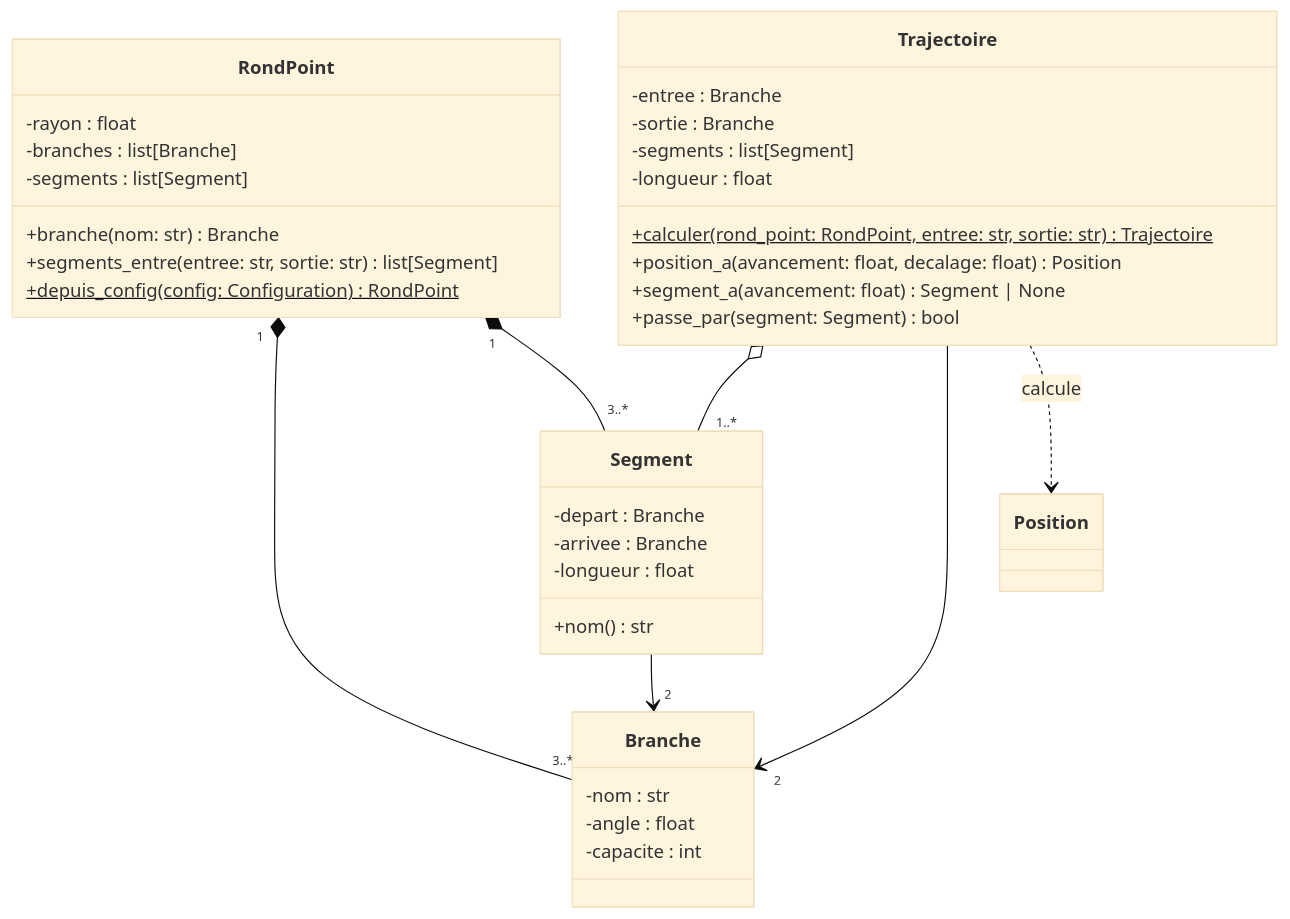
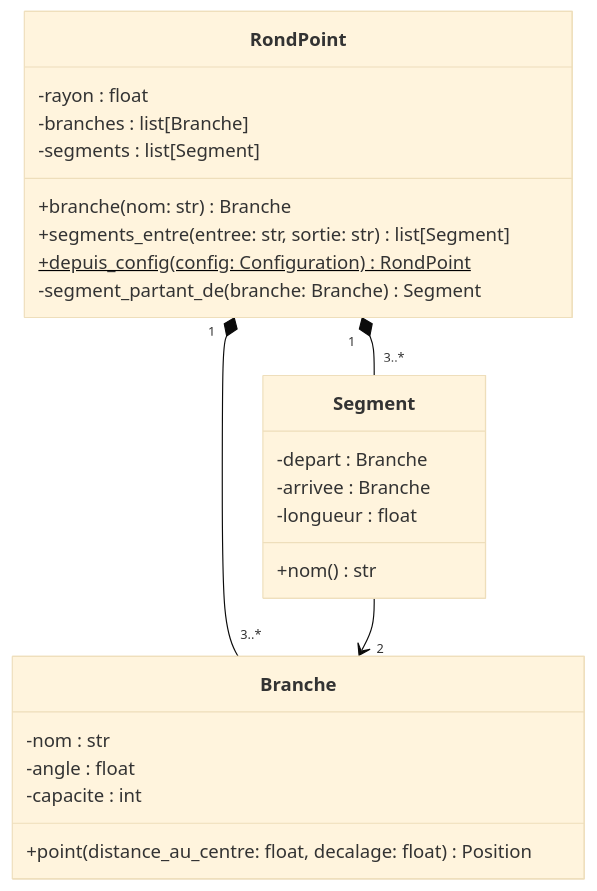
The fourth of 8 diagrams in docs/uml.md (vRayzix/SAE3.02_Developper-une-application-communicante), drawn with Mermaid (base theme) before and after one commit. The commit also changed other lines of this file, not shown here.

Commit message:
docs(uml): modèle aligné sur le code, trajectoires en tronçons

````diff
--- a/docs/uml.md
+++ b/docs/uml.md
@@ -227,42 +235,30 @@
 ```mermaid
 classDiagram
     class RondPoint {
         -rayon : float
         -branches : list[Branche]
         -segments : list[Segment]
         +branche(nom: str) Branche
         +segments_entre(entree: str, sortie: str) list[Segment]
         +depuis_config(config: Configuration) RondPoint$
+        -segment_partant_de(branche: Branche) Segment
     }
 
     class Branche {
         -nom : str
         -angle : float
         -capacite : int
+        +point(distance_au_centre: float, decalage: float) Position
     }
 
     class Segment {
         -depart : Branche
         -arrivee : Branche
         -longueur : float
         +nom() str
     }
 
-    class Trajectoire {
-        -entree : Branche
-        -sortie : Branche
-        -segments : list[Segment]
-        -longueur : float
-        +calculer(rond_point: RondPoint, entree: str, sortie: str) Trajectoire$
-        +position_a(avancement: float, decalage: float) Position
-        +segment_a(avancement: float) Segment | None
-        +passe_par(segment: Segment) bool
-    }
-
     RondPoint "1" *-- "3..*" Branche
     RondPoint "1" *-- "3..*" Segment
     Segment --> "2" Branche
-    Trajectoire o-- "1..*" Segment
-    Trajectoire --> "2" Branche
-    Trajectoire ..> Position : calcule
 ```
````
